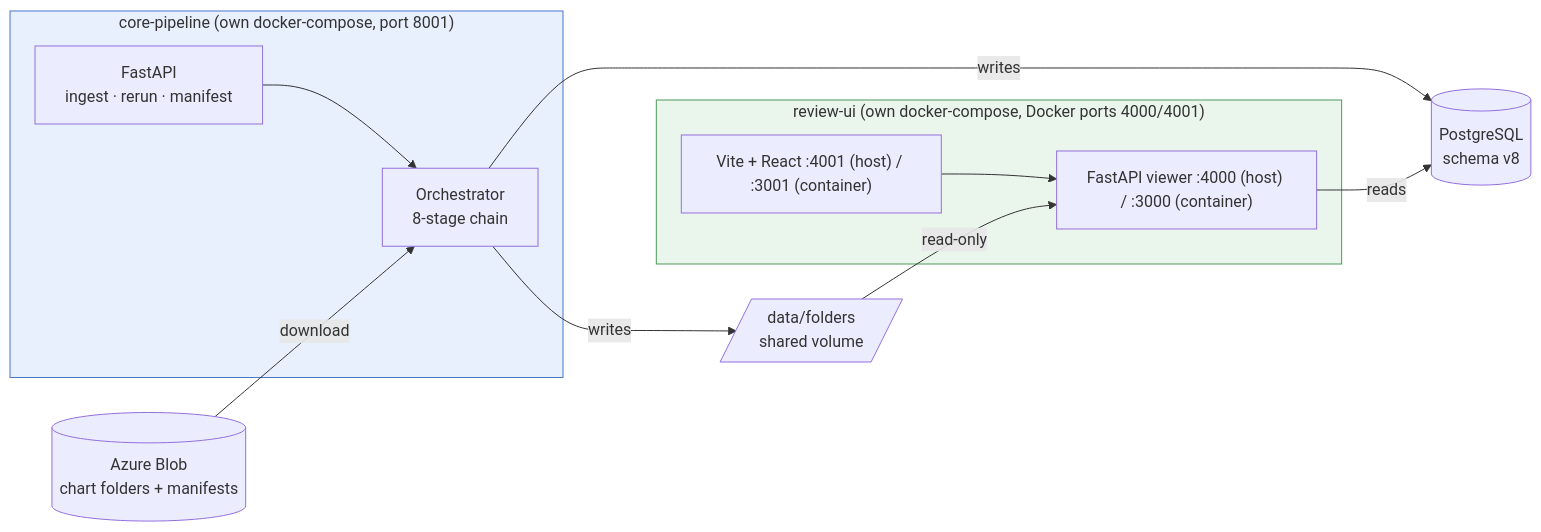
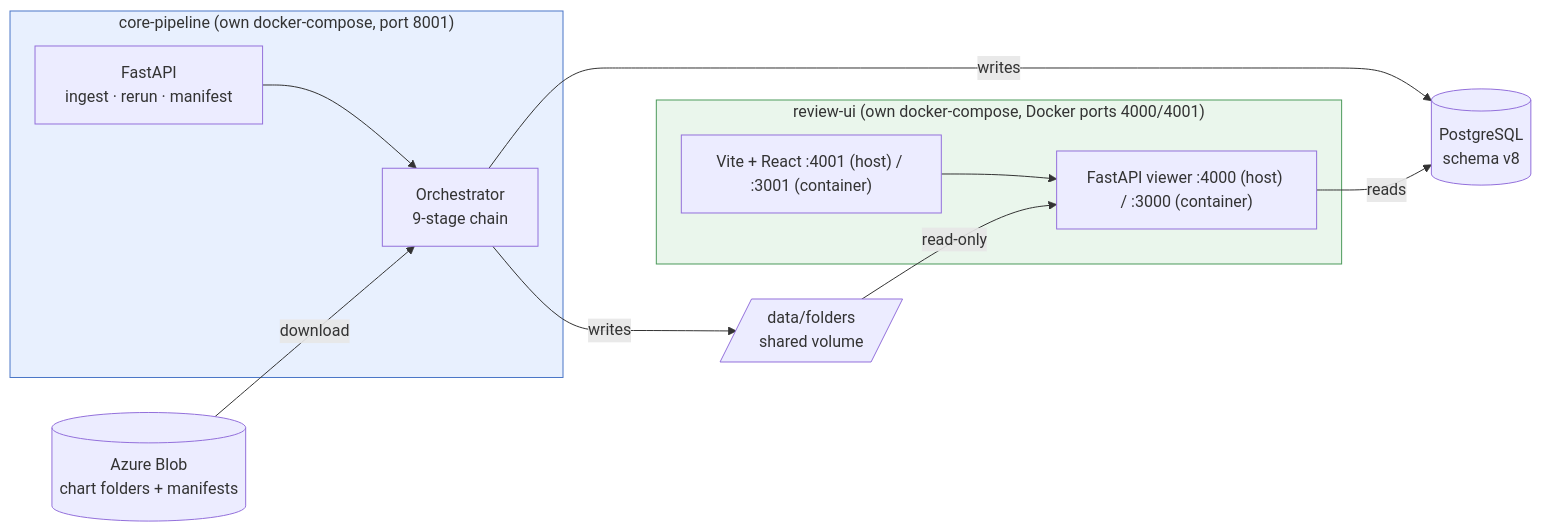
One commit to abhinavdg-ever/model-repo changed the first of 6 diagrams in docs/FLOW.md. Above: the diagram before and after it, drawn with Mermaid. The commit also changed other lines of this file and 13 other files, not shown here.

````diff
--- a/docs/FLOW.md
+++ b/docs/FLOW.md
@@ -11,27 +11,27 @@
 ```mermaid
 flowchart LR
   subgraph CP["core-pipeline (own docker-compose, port 8001)"]
     API["FastAPI<br/>ingest · rerun · manifest"]
-    ORCH["Orchestrator<br/>8-stage chain"]
+    ORCH["Orchestrator<br/>9-stage chain"]
     API --> ORCH
   end
 
   subgraph RU["review-ui (own docker-compose, Docker ports 4000/4001)"]
     RAPI["FastAPI viewer :4000 (host) / :3000 (container)"]
     WEB["Vite + React :4001 (host) / :3001 (container)"]
     WEB --> RAPI
   end
 
   BLOB[("Azure Blob<br/>chart folders + manifests")]
   PG[("PostgreSQL<br/>schema v8")]
   VOL[/"data/folders<br/>shared volume"/]
 
   BLOB -- "download" --> ORCH
   ORCH -- "writes" --> PG
   ORCH -- "writes" --> VOL
   RAPI -- "reads" --> PG
   VOL -- "read-only" --> RAPI
 
   style CP fill:#e8f0fe,stroke:#4a76c7
   style RU fill:#eaf6ec,stroke:#4c9a5b
 ```
````
